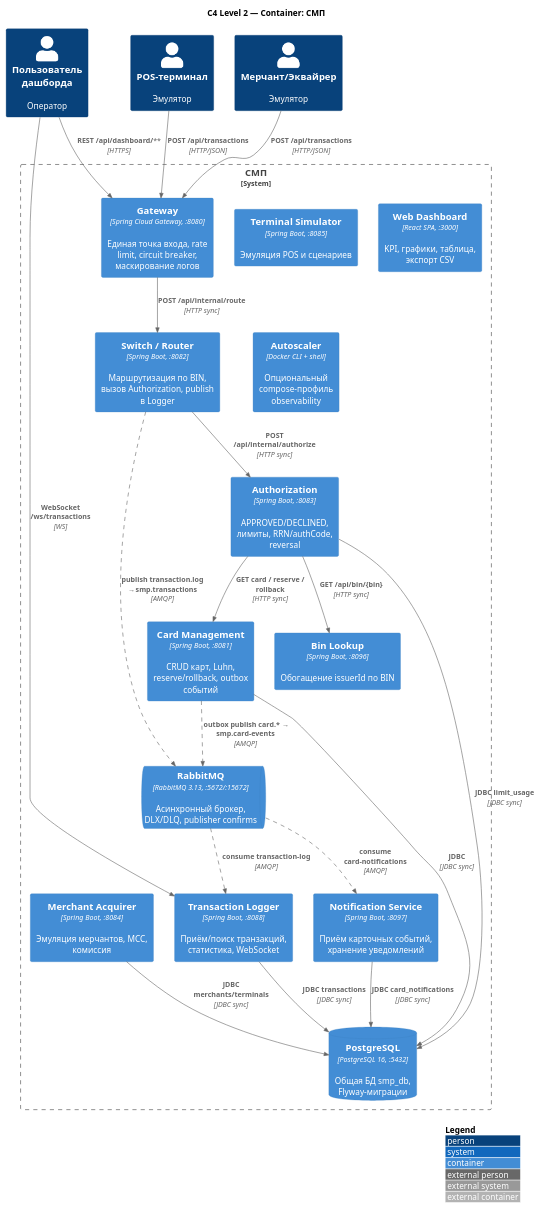
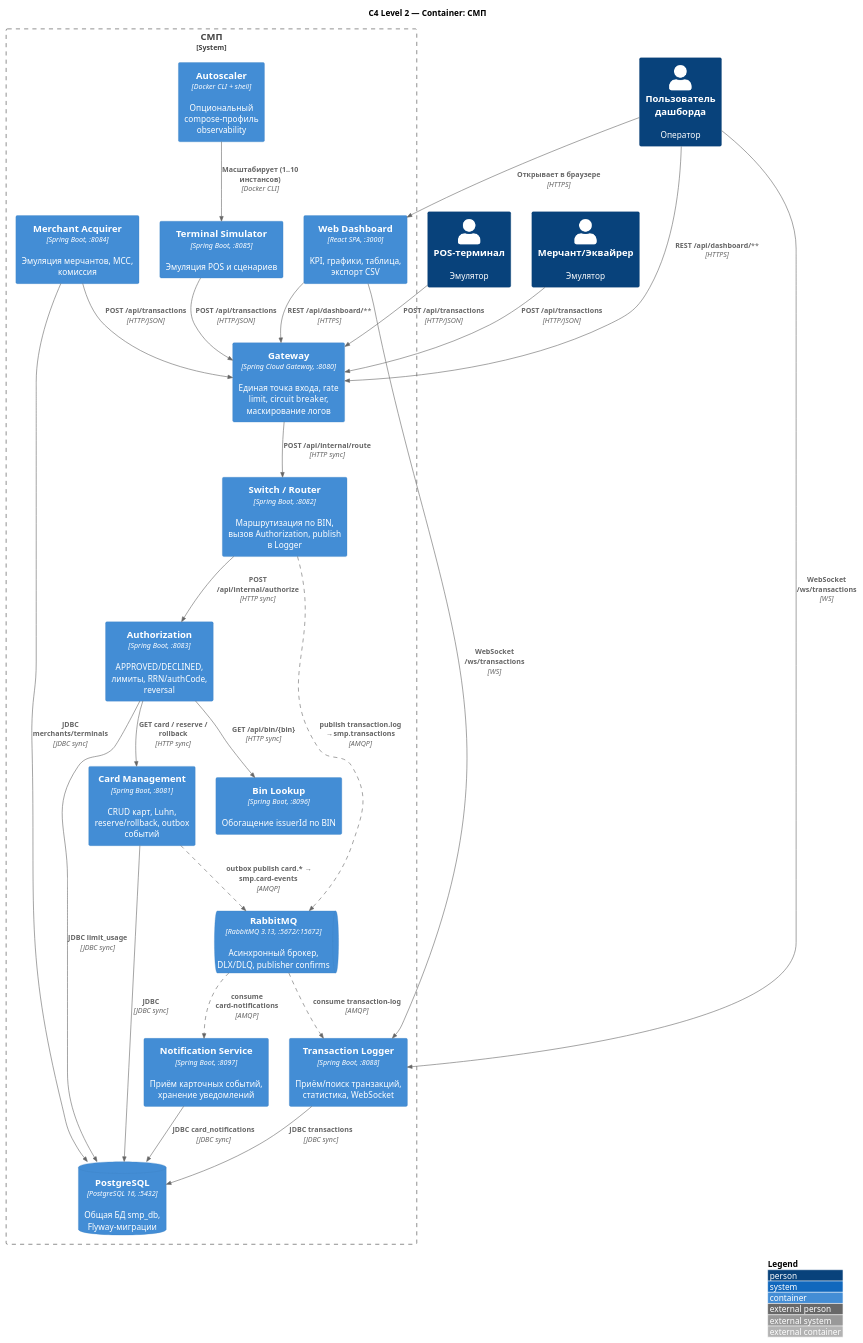
One commit to LektonSoftwareTestingCourse/PracticMaksimKishkin changed the diagram in docs/practice-3-pyramid/renderedSchemes/A2-diagram.puml. Above: the diagram before and after it, drawn with PlantUML. The commit also changed 1 other file, not shown here.

```diff
--- a/docs/practice-3-pyramid/renderedSchemes/A2-diagram.puml
+++ b/docs/practice-3-pyramid/renderedSchemes/A2-diagram.puml
@@ -1,52 +1,61 @@
 @startuml A2-diagram
 !include https://raw.githubusercontent.com/plantuml-stdlib/C4-PlantUML/master/C4_Container.puml
 
 title C4 Level 2 — Container: СМП
 
 LAYOUT_TOP_DOWN()
 LAYOUT_WITH_LEGEND()
 
 AddRelTag("async", $lineStyle=DashedLine())
 
 Person(terminal, "POS-терминал", "Эмулятор")
 Person(merchant, "Мерчант/Эквайрер", "Эмулятор")
 Person(user, "Пользователь дашборда", "Оператор")
 
 System_Boundary(smp, "СМП") {
     Container(gw, "Gateway", "Spring Cloud Gateway, :8080", "Единая точка входа, rate limit, circuit breaker, маскирование логов")
     Container(cms, "Card Management", "Spring Boot, :8081", "CRUD карт, Luhn, reserve/rollback, outbox событий")
     Container(sw, "Switch / Router", "Spring Boot, :8082", "Маршрутизация по BIN, вызов Authorization, publish в Logger")
     Container(auth, "Authorization", "Spring Boot, :8083", "APPROVED/DECLINED, лимиты, RRN/authCode, reversal")
     Container(bin, "Bin Lookup", "Spring Boot, :8096", "Обогащение issuerId по BIN")
     Container(term, "Terminal Simulator", "Spring Boot, :8085", "Эмуляция POS и сценариев")
     Container(merch, "Merchant Acquirer", "Spring Boot, :8084", "Эмуляция мерчантов, MCC, комиссия")
     Container(log, "Transaction Logger", "Spring Boot, :8088", "Приём/поиск транзакций, статистика, WebSocket")
     Container(ns, "Notification Service", "Spring Boot, :8097", "Приём карточных событий, хранение уведомлений")
     Container(web, "Web Dashboard", "React SPA, :3000", "KPI, графики, таблица, экспорт CSV")
     Container(auto, "Autoscaler", "Docker CLI + shell", "Опциональный compose-профиль observability")
     
     ContainerDb(db, "PostgreSQL", "PostgreSQL 16, :5432", "Общая БД smp_db, Flyway-миграции")
     ContainerQueue(rmq, "RabbitMQ", "RabbitMQ 3.13, :5672/:15672", "Асинхронный брокер, DLX/DLQ, publisher confirms")
 }
 
 Rel(terminal, gw, "POST /api/transactions", "HTTP/JSON")
 Rel(merchant, gw, "POST /api/transactions", "HTTP/JSON")
 Rel(user, gw, "REST /api/dashboard/**", "HTTPS")
 Rel(user, log, "WebSocket /ws/transactions", "WS")
 
 Rel(gw, sw, "POST /api/internal/route", "HTTP sync")
 Rel(sw, auth, "POST /api/internal/authorize", "HTTP sync")
 Rel(auth, bin, "GET /api/bin/{bin}", "HTTP sync")
 Rel(auth, cms, "GET card / reserve / rollback", "HTTP sync")
 
 Rel(sw, rmq, "publish transaction.log → smp.transactions", "AMQP", $tags="async")
 Rel(rmq, log, "consume transaction-log", "AMQP", $tags="async")
 Rel(cms, rmq, "outbox publish card.* → smp.card-events", "AMQP", $tags="async")
 Rel(rmq, ns, "consume card-notifications", "AMQP", $tags="async")
 
 Rel(cms, db, "JDBC", "JDBC sync")
 Rel(auth, db, "JDBC limit_usage", "JDBC sync")
 Rel(log, db, "JDBC transactions", "JDBC sync")
 Rel(ns, db, "JDBC card_notifications", "JDBC sync")
 Rel(merch, db, "JDBC merchants/terminals", "JDBC sync")
+
+Rel(user, web, "Открывает в браузере", "HTTPS")
+Rel(web, gw, "REST /api/dashboard/**", "HTTPS")
+Rel(web, log, "WebSocket /ws/transactions", "WS")
+
+Rel(term, gw, "POST /api/transactions", "HTTP/JSON")
+Rel(merch, gw, "POST /api/transactions", "HTTP/JSON")
+
+Rel(auto, term, "Масштабирует (1..10 инстансов)", "Docker CLI")
 @enduml
```
